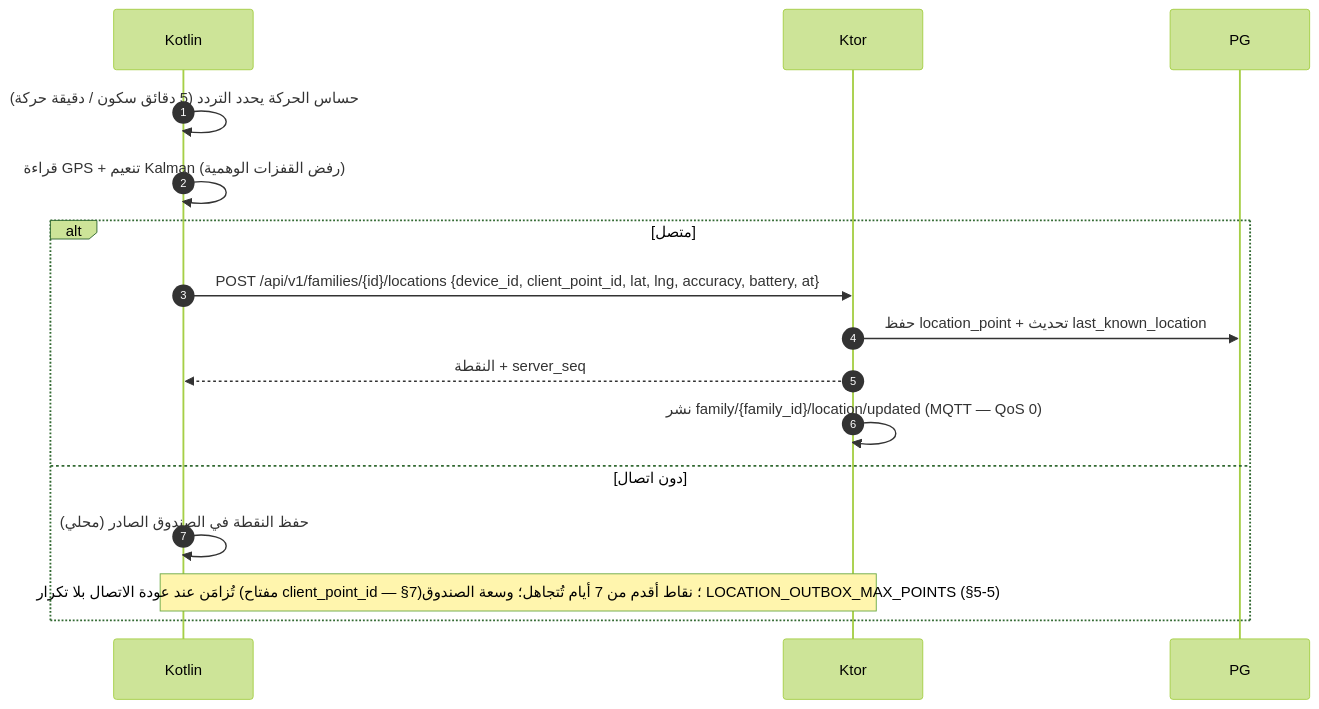
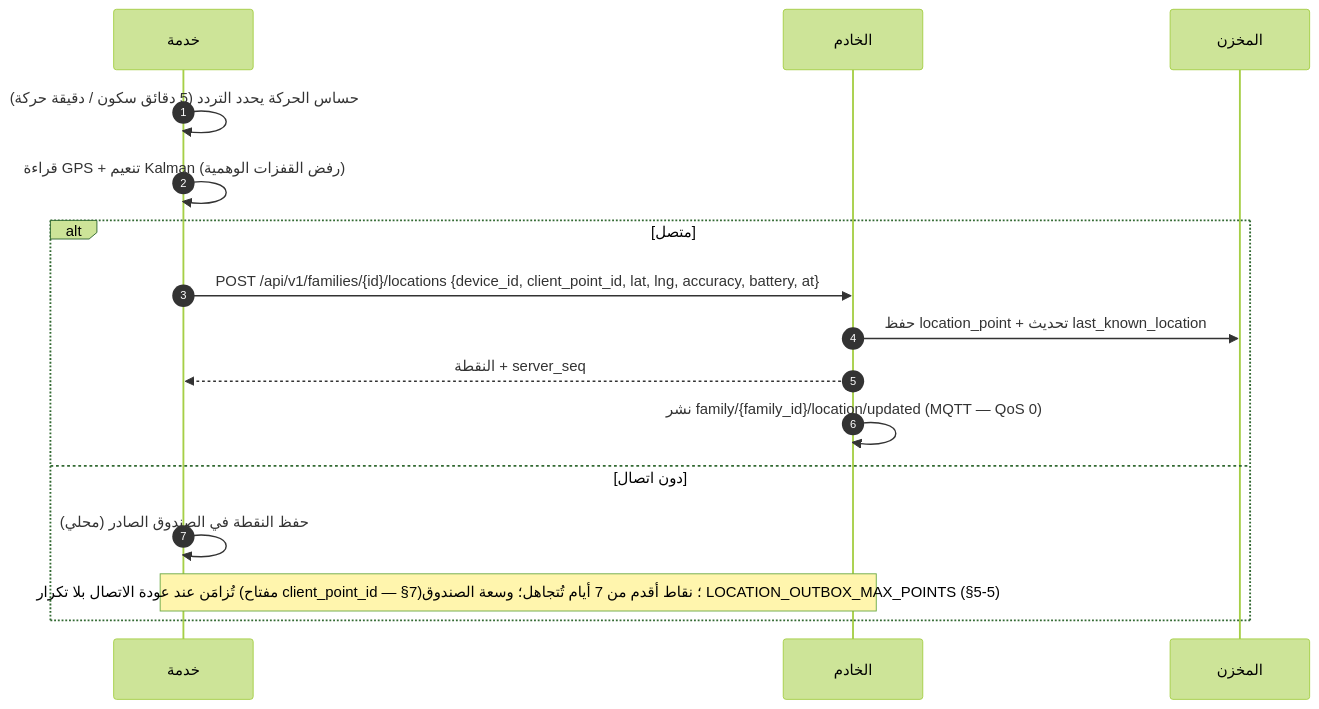
Before and after one commit to Bassam-mohammed-alqaeadi/family-os-v2: the third of 13 diagrams in docs/family-os/governance/phases/phase-1/S1-07-location-basic/DIAGRAMS.md, drawn with Mermaid (forest theme). The commit also changed other lines of this file and 2 other files, not shown here.

First line of the commit message:
R2-CI-05 (P3): فحص Mermaid يتحقق من اتجاه إعلان المشاركين (R5-1) + قلب 26 إعلاناً معكوساً

````diff
--- a/docs/family-os/governance/phases/phase-1/S1-07-location-basic/DIAGRAMS.md
+++ b/docs/family-os/governance/phases/phase-1/S1-07-location-basic/DIAGRAMS.md
@@ -171,18 +171,18 @@
 ```mermaid
 sequenceDiagram
     autonumber
-    participant خدمة as Kotlin
-    participant الخادم as Ktor
-    participant المخزن as PG
-    خدمة->>خدمة: حساس الحركة يحدد التردد (5 دقائق سكون / دقيقة حركة)
-    خدمة->>خدمة: قراءة GPS + تنعيم Kalman (رفض القفزات الوهمية)
+    participant Kotlin as خدمة
+    participant Ktor as الخادم
+    participant PG as المخزن
+    Kotlin->>Kotlin: حساس الحركة يحدد التردد (5 دقائق سكون / دقيقة حركة)
+    Kotlin->>Kotlin: قراءة GPS + تنعيم Kalman (رفض القفزات الوهمية)
     alt متصل
-        خدمة->>الخادم: POST /api/v1/families/{id}/locations {device_id, client_point_id, lat, lng, accuracy, battery, at}
-        الخادم->>المخزن: حفظ location_point + تحديث last_known_location
-        الخادم-->>خدمة: النقطة + server_seq
-        الخادم->>الخادم: نشر family/{family_id}/location/updated (MQTT — QoS 0)
+        Kotlin->>Ktor: POST /api/v1/families/{id}/locations {device_id, client_point_id, lat, lng, accuracy, battery, at}
+        Ktor->>PG: حفظ location_point + تحديث last_known_location
+        Ktor-->>Kotlin: النقطة + server_seq
+        Ktor->>Ktor: نشر family/{family_id}/location/updated (MQTT — QoS 0)
     else دون اتصال
-        خدمة->>خدمة: حفظ النقطة في الصندوق الصادر (محلي)
-        Note over خدمة,الخادم: تُزامَن عند عودة الاتصال بلا تكرار (مفتاح client_point_id — §7)؛ نقاط أقدم من 7 أيام تُتجاهل؛ وسعة الصندوق LOCATION_OUTBOX_MAX_POINTS (§5-5)
+        Kotlin->>Kotlin: حفظ النقطة في الصندوق الصادر (محلي)
+        Note over Kotlin,Ktor: تُزامَن عند عودة الاتصال بلا تكرار (مفتاح client_point_id — §7)؛ نقاط أقدم من 7 أيام تُتجاهل؛ وسعة الصندوق LOCATION_OUTBOX_MAX_POINTS (§5-5)
     end
 ```
````
